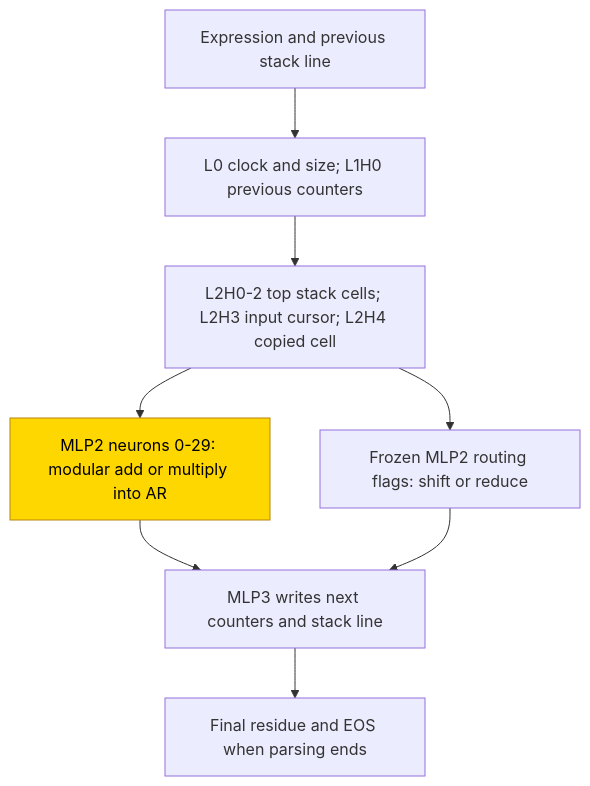
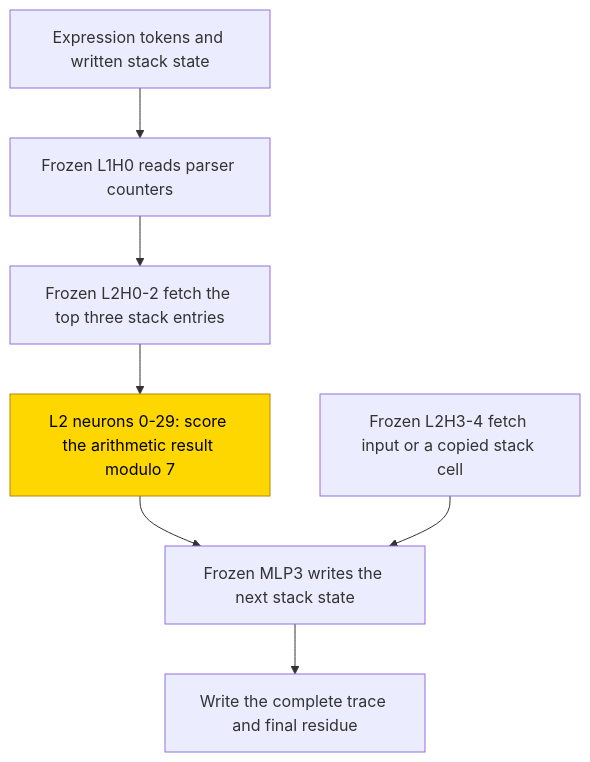
The first of 2 diagrams in entries/nested-expressions-mod-7.md (jc1122/mechanistic-interpretability-circuit-atlas), drawn with Mermaid before and after one commit. The commit also changed other lines of this file and 54 other files, not shown here.

````diff
--- a/entries/nested-expressions-mod-7.md
+++ b/entries/nested-expressions-mod-7.md
@@ -93,12 +67,11 @@
 ```mermaid
 flowchart TD
-    E["Expression and previous stack line"] --> C["L0 clock and size; L1H0 previous counters"]
-    C --> F["L2H0-2 top stack cells; L2H3 input cursor; L2H4 copied cell"]
-    F --> A["MLP2 neurons 0-29: modular add or multiply into AR"]
-    F --> R["Frozen MLP2 routing flags: shift or reduce"]
-    A --> W["MLP3 writes next counters and stack line"]
-    R --> W
-    W --> O["Final residue and EOS when parsing ends"]
+    P["Expression tokens and written stack state"] --> C["Frozen L1H0 reads parser counters"]
+    C --> F["Frozen L2H0-2 fetch the top three stack entries"]
+    F --> M["L2 neurons 0-29: score the arithmetic result modulo 7"]
+    M --> W["Frozen MLP3 writes the next stack state"]
+    I["Frozen L2H3-4 fetch input or a copied stack cell"] --> W
+    W --> Y["Write the complete trace and final residue"]
     classDef trained fill:gold,stroke:darkgoldenrod,color:black
-    class A trained
+    class M trained
 ```
````
